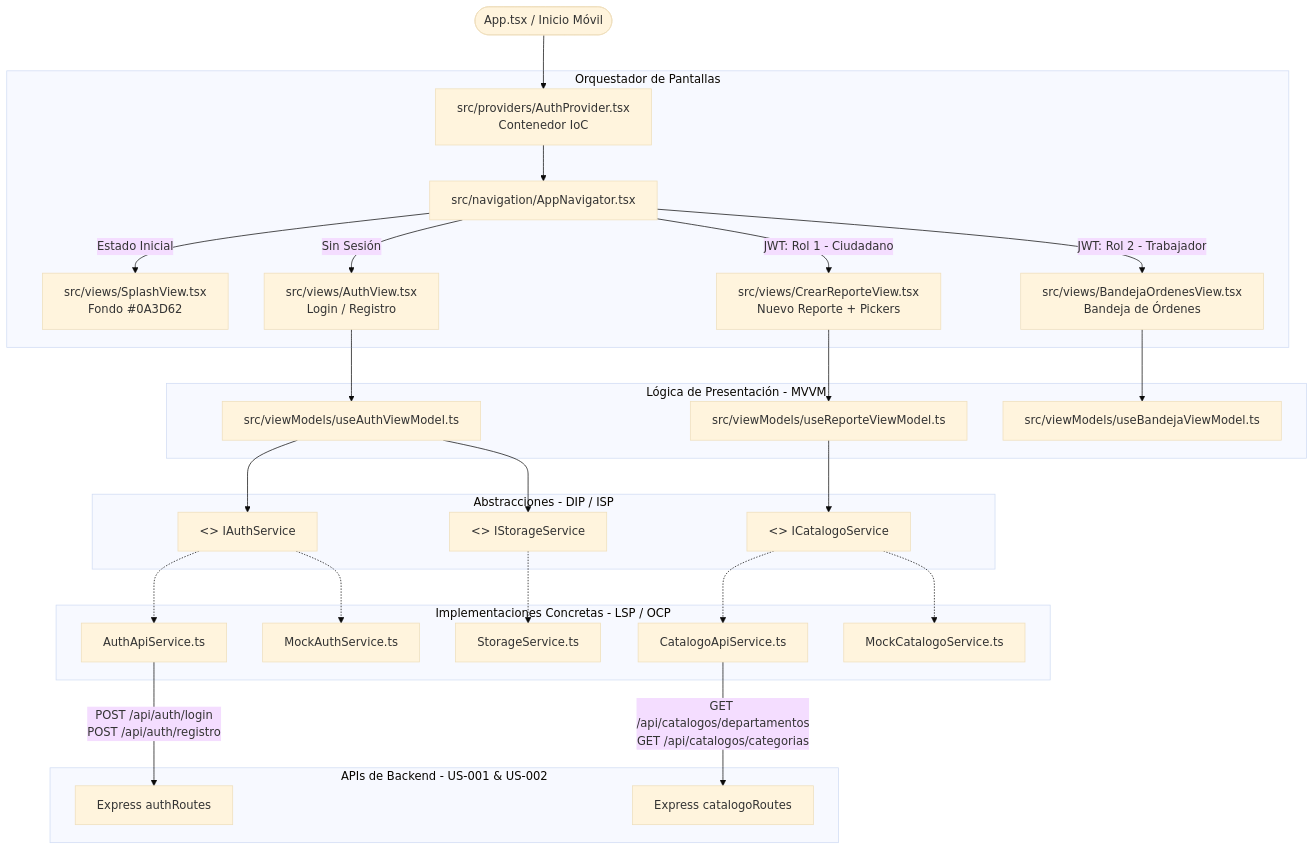
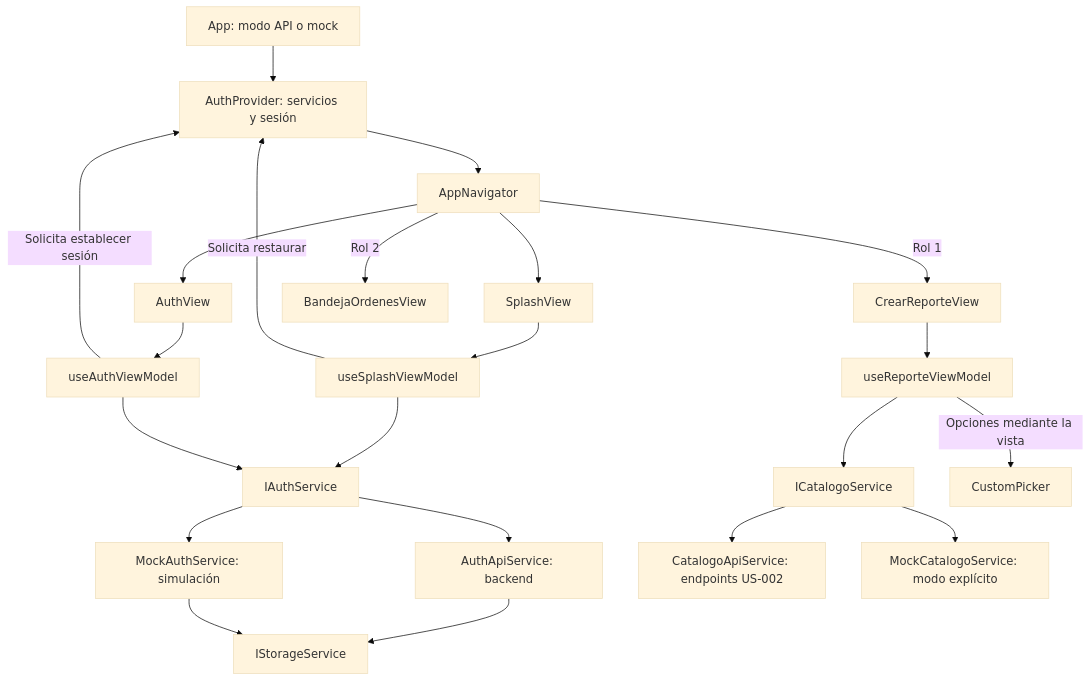
One commit to Eloscar21/Mejora.SJR changed the diagram in Readmes_del_equipo/Miguel/README_HU_US003_US004.md. Above: the diagram before and after it, drawn with Mermaid (base theme). The commit also changed other lines of this file and 28 other files, not shown here.

````diff
--- a/Readmes_del_equipo/Miguel/README_HU_US003_US004.md
+++ b/Readmes_del_equipo/Miguel/README_HU_US003_US004.md
@@ -47,37 +94,24 @@
 ```mermaid
 flowchart TD
-    App([App.tsx / Inicio Móvil]) --> AuthProv[src/providers/AuthProvider.tsx<br/>Contenedor IoC]
-    
-    subgraph Capa_Navegacion [Orquestador de Pantallas]
-        AuthProv --> Nav[src/navigation/AppNavigator.tsx]
-        Nav -->|Estado Inicial| Splash[src/views/SplashView.tsx<br/>Fondo #0A3D62]
-        Nav -->|Sin Sesión| AuthV[src/views/AuthView.tsx<br/>Login / Registro]
-        Nav -->|JWT: Rol 1 - Ciudadano| RepV[src/views/CrearReporteView.tsx<br/>Nuevo Reporte + Pickers]
-        Nav -->|JWT: Rol 2 - Trabajador| OrdV[src/views/BandejaOrdenesView.tsx<br/>Bandeja de Órdenes]
-    end
-
-    subgraph Capa_ViewModel [Lógica de Presentación - MVVM]
-        AuthV --> AuthVM[src/viewModels/useAuthViewModel.ts]
-        RepV --> RepVM[src/viewModels/useReporteViewModel.ts]
-        OrdV --> OrdVM[src/viewModels/useBandejaViewModel.ts]
-    end
-
-    subgraph Capa_Contratos_SOLID [Abstracciones - DIP / ISP]
-        AuthVM --> IAuth[<<interface>> IAuthService]
-        RepVM --> ICat[<<interface>> ICatalogoService]
-        AuthVM --> IStore[<<interface>> IStorageService]
-    end
-
-    subgraph Capa_Servicios [Implementaciones Concretas - LSP / OCP]
-        IAuth -.-> ApiAuth[AuthApiService.ts]
-        IAuth -.-> MockAuth[MockAuthService.ts]
-        ICat -.-> ApiCat[CatalogoApiService.ts]
-        ICat -.-> MockCat[MockCatalogoService.ts]
-        IStore -.-> Store[StorageService.ts]
-    end
-
-    subgraph Backend_Endpoints [APIs de Backend - US-001 & US-002]
-        ApiAuth -->|POST /api/auth/login<br/>POST /api/auth/registro| BackAuth[Express authRoutes]
-        ApiCat -->|GET /api/catalogos/departamentos<br/>GET /api/catalogos/categorias| BackCat[Express catalogoRoutes]
-    end
+    App[App: modo API o mock] --> Provider[AuthProvider: servicios y sesión]
+    Provider --> Nav[AppNavigator]
+    Nav --> Splash[SplashView]
+    Splash --> SplashVM[useSplashViewModel]
+    Nav --> Auth[AuthView]
+    Auth --> AuthVM[useAuthViewModel]
+    SplashVM --> AuthService[IAuthService]
+    AuthVM --> AuthService
+    AuthService --> API[AuthApiService: backend]
+    AuthService --> Mock[MockAuthService: simulación]
+    API --> Storage[IStorageService]
+    Mock --> Storage
+    SplashVM -->|Solicita restaurar| Provider
+    AuthVM -->|Solicita establecer sesión| Provider
+    Nav -->|Rol 1| Reporte[CrearReporteView]
+    Nav -->|Rol 2| Bandeja[BandejaOrdenesView]
+    Reporte --> ReporteVM[useReporteViewModel]
+    ReporteVM --> Cat[ICatalogoService]
+    Cat --> CatAPI[CatalogoApiService: endpoints US-002]
+    Cat --> CatMock[MockCatalogoService: modo explícito]
+    ReporteVM -->|Opciones mediante la vista| Picker[CustomPicker]
 ```
````
